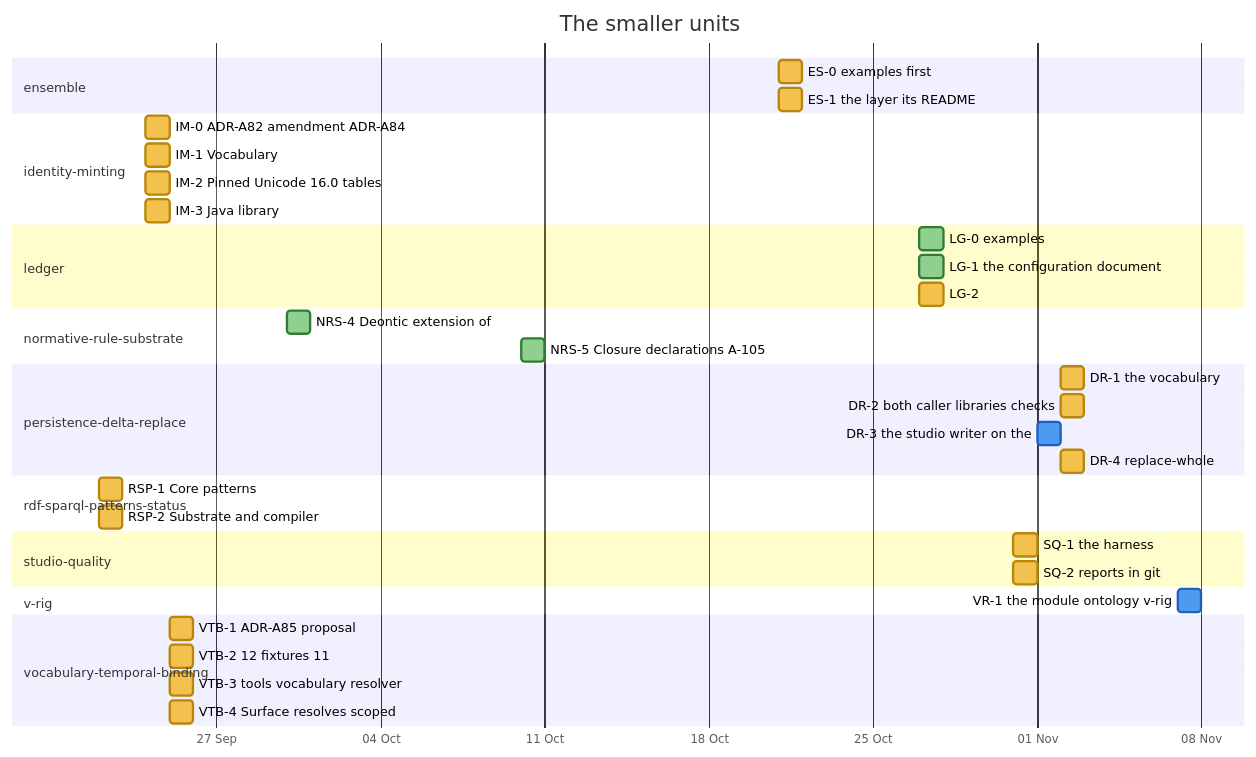
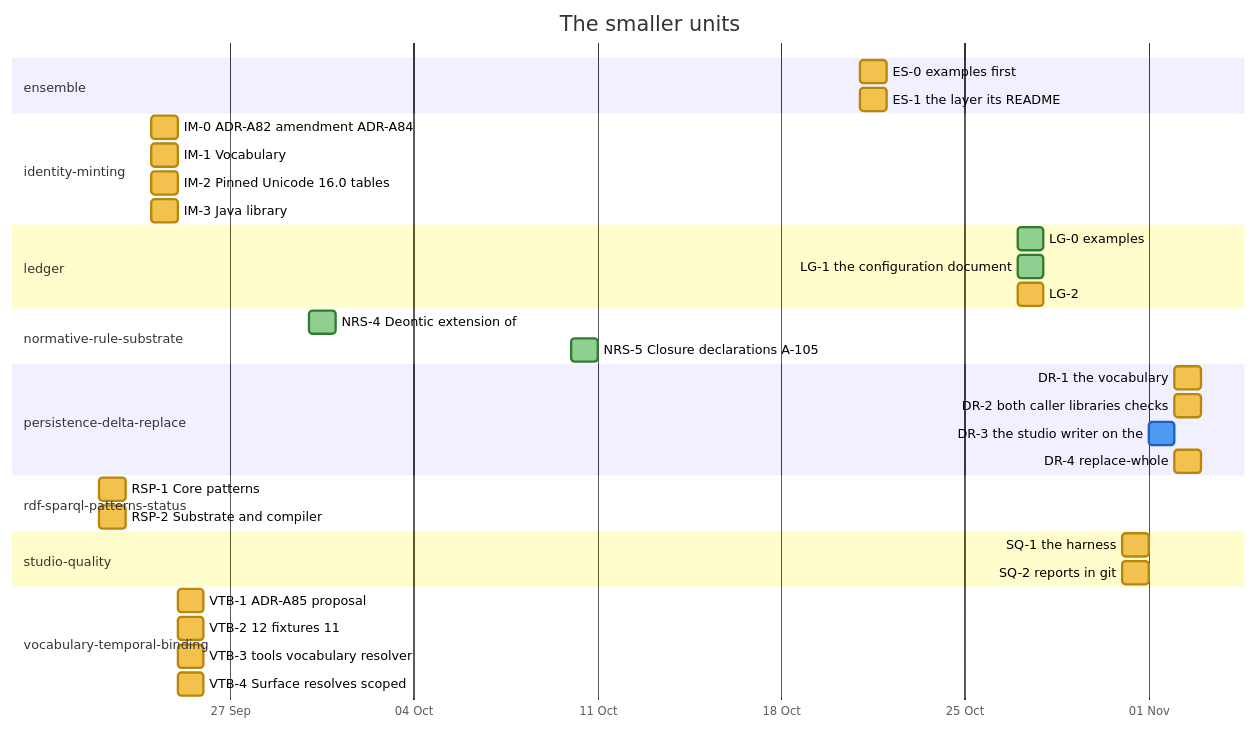
Before and after one commit to nebularis/lattice: diagram 21 of 30 in docs/developer/ROADMAP.md, drawn with Mermaid. The commit also changed other lines of this file and 5 other files, not shown here.

First line of the commit message:
[v-rig] Handoff: roadmap and plan refreshed, every text write pinned

````diff
--- a/docs/developer/ROADMAP.md
+++ b/docs/developer/ROADMAP.md
@@ -537,40 +553,38 @@
 ```mermaid
 %%{init: {"themeVariables": {"taskBkgColor": "#f2c14e", "taskBorderColor": "#b8860b", "taskTextColor": "#000000", "activeTaskBkgColor": "#4e9af1", "activeTaskBorderColor": "#1f5fbf", "activeTaskBorderColor": "#1f5fbf", "doneTaskBkgColor": "#8fcf8f", "doneTaskBorderColor": "#2f7d32", "critBkgColor": "#f28b82", "critBorderColor": "#b23a30", "taskTextDarkColor": "#000000", "taskTextLightColor": "#000000"}}}%%
 gantt
     title The smaller units
     dateFormat YYYY-MM-DD
     axisFormat %d %b
     section ensemble
     ES-0 examples first :es0, 2026-10-21, 2026-10-22
     ES-1 the layer its README :es1, 2026-10-21, 2026-10-22
     section identity-minting
     IM-0 ADR-A82 amendment ADR-A84 :im0, 2026-09-24, 2026-09-25
     IM-1 Vocabulary :im1, 2026-09-24, 2026-09-25
     IM-2 Pinned Unicode 16.0 tables :im2, 2026-09-24, 2026-09-25
     IM-3 Java library :im3, 2026-09-24, 2026-09-25
     section ledger
     LG-0 examples :done, lg0, 2026-10-27, 2026-10-28
     LG-1 the configuration document :done, lg1, 2026-10-27, 2026-10-28
     LG-2 :lg2, 2026-10-27, 2026-10-28
     section normative-rule-substrate
     NRS-4 Deontic extension of :done, nrs4, 2026-09-30, 2026-10-01
     NRS-5 Closure declarations A-105 :done, nrs5, 2026-10-10, 2026-10-11
     section persistence-delta-replace
     DR-1 the vocabulary :dr1, 2026-11-02, 2026-11-03
     DR-2 both caller libraries checks :dr2, 2026-11-02, 2026-11-03
     DR-3 the studio writer on the :active, dr3, 2026-11-01, 2026-11-02
     DR-4 replace-whole :dr4, 2026-11-02, 2026-11-03
     section rdf-sparql-patterns-status
     RSP-1 Core patterns :rsp1, 2026-09-22, 2026-09-23
     RSP-2 Substrate and compiler :rsp2, 2026-09-22, 2026-09-23
     section studio-quality
     SQ-1 the harness :sq1, 2026-10-31, 2026-11-01
     SQ-2 reports in git :sq2, 2026-10-31, 2026-11-01
-    section v-rig
-    VR-1 the module ontology v-rig :active, vr1, 2026-11-07, 2026-11-08
     section vocabulary-temporal-binding
     VTB-1 ADR-A85 proposal :vtb1, 2026-09-25, 2026-09-26
     VTB-2 12 fixtures 11 :vtb2, 2026-09-25, 2026-09-26
     VTB-3 tools vocabulary resolver :vtb3, 2026-09-25, 2026-09-26
     VTB-4 Surface resolves scoped :vtb4, 2026-09-25, 2026-09-26
 ```
````
